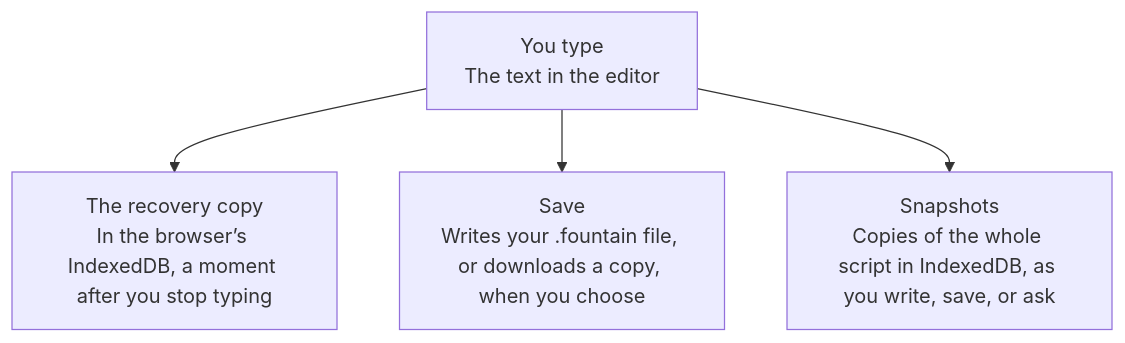
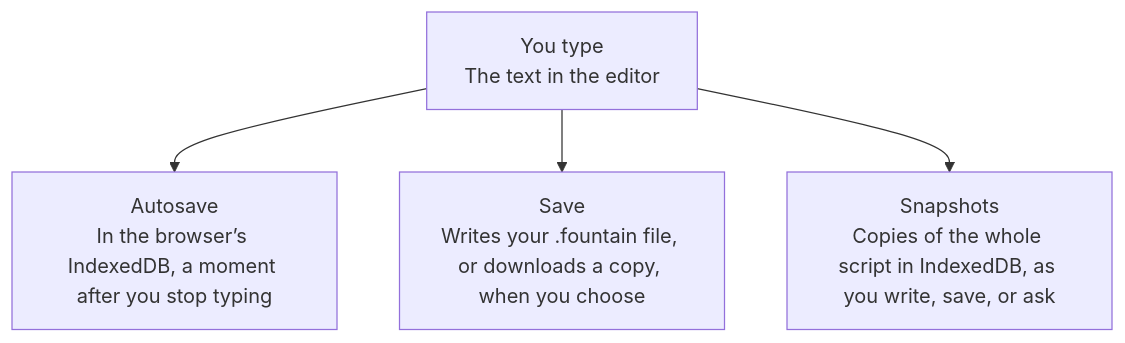
One commit to cschweda/drafter changed the third of 5 diagrams in docs/technical-details.md. Above: the diagram before and after it, drawn with Mermaid. The commit also changed other lines of this file and 63 other files, not shown here.

First line of the commit message:
fix(web): never stop typing over a file, and say "autosave" in plain words

````diff
--- a/docs/technical-details.md
+++ b/docs/technical-details.md
@@ -144,10 +144,10 @@
 ```mermaid
 flowchart TD
   s1["You type<br/>The text in the editor"]
-  s2["The recovery copy<br/>In the browser’s IndexedDB, a moment after you stop typing"]
+  s2["Autosave<br/>In the browser’s IndexedDB, a moment after you stop typing"]
   s3["Save<br/>Writes your .fountain file, or downloads a copy, when you choose"]
   s4["Snapshots<br/>Copies of the whole script in IndexedDB, as you write, save, or ask"]
   s1 --> s2
   s1 --> s3
   s1 --> s4
 ```
````
